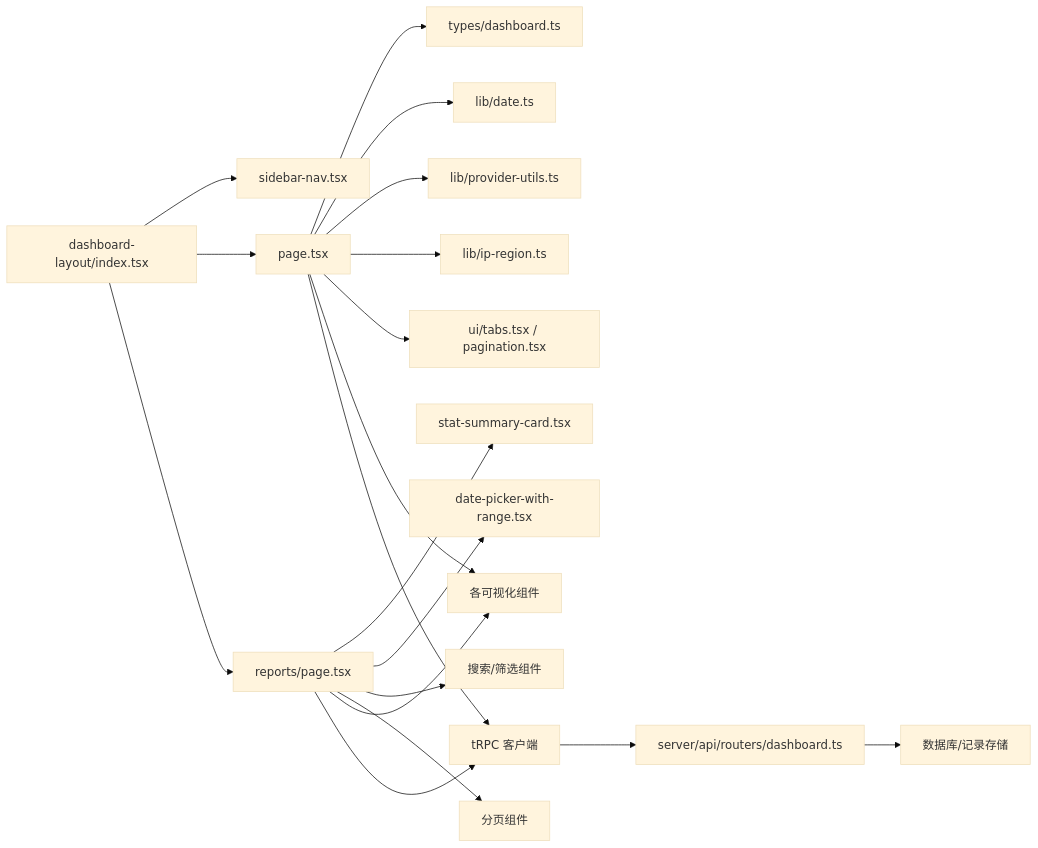
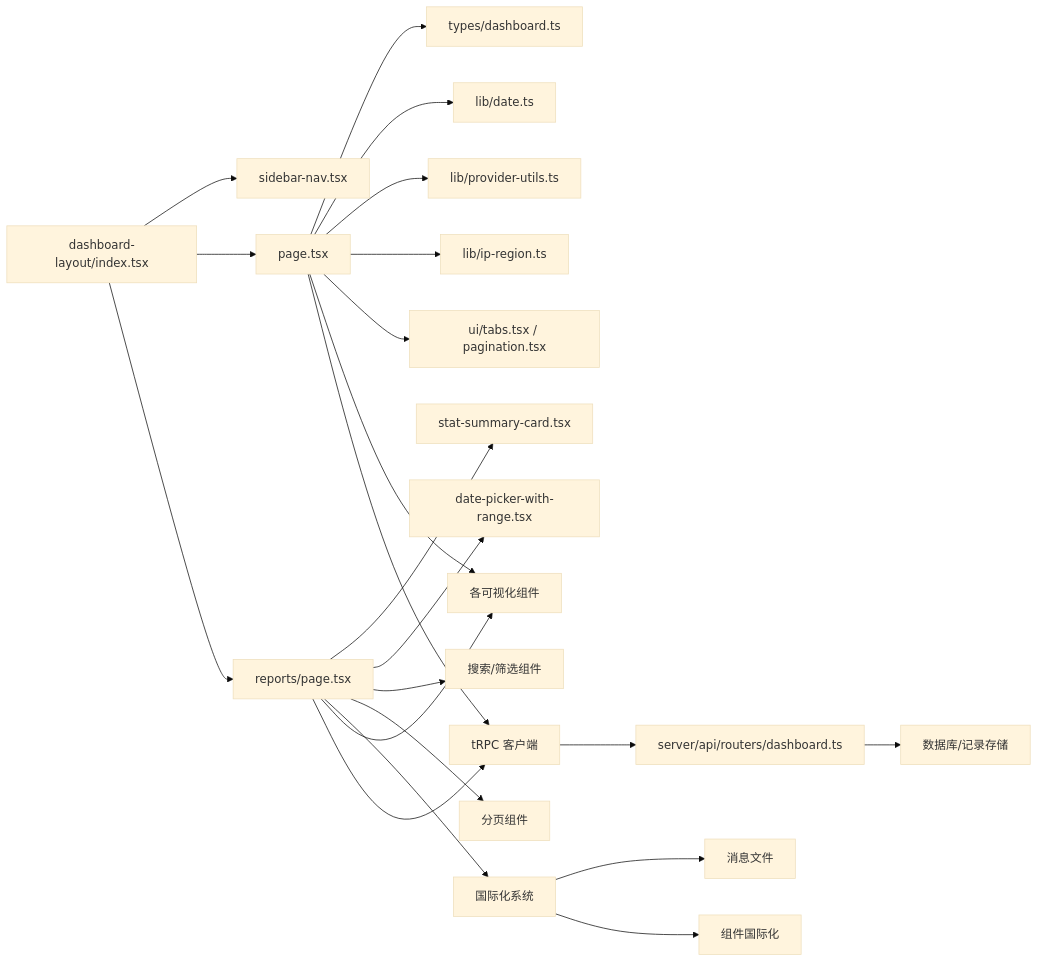
Before and after one commit to RadiumAg/AIGate: diagram 15 of 15 in .qoder/repowiki/zh/content/监控与分析/仪表板组件.md, drawn with Mermaid (base theme). The commit also changed other lines of this file and 3 other files, not shown here.

````diff
--- a/.qoder/repowiki/zh/content/监控与分析/仪表板组件.md
+++ b/.qoder/repowiki/zh/content/监控与分析/仪表板组件.md
@@ -515,21 +624,24 @@
 ```mermaid
 graph LR
 Layout["dashboard-layout/index.tsx"] --> Sidebar["sidebar-nav.tsx"]
 Layout --> Page["page.tsx"]
 Layout --> Reports["reports/page.tsx"]
 Reports --> StatSummary["stat-summary-card.tsx"]
 Reports --> DatePicker["date-picker-with-range.tsx"]
 Reports --> Filters["搜索/筛选组件"]
 Reports --> Pagination["分页组件"]
+Reports --> I18n["国际化系统"]
 Page --> Types["types/dashboard.ts"]
 Page --> LibDate["lib/date.ts"]
 Page --> LibProv["lib/provider-utils.ts"]
 Page --> LibIP["lib/ip-region.ts"]
 Page --> UI["ui/tabs.tsx / pagination.tsx"]
 Page --> Charts["各可视化组件"]
 Reports --> Charts
 Reports --> TRPC["tRPC 客户端"]
 Page --> TRPC
 TRPC --> DashboardRouter["server/api/routers/dashboard.ts"]
 DashboardRouter --> DB["数据库/记录存储"]
+I18n --> Messages["消息文件"]
+I18n --> Components["组件国际化"]
 ```
````
